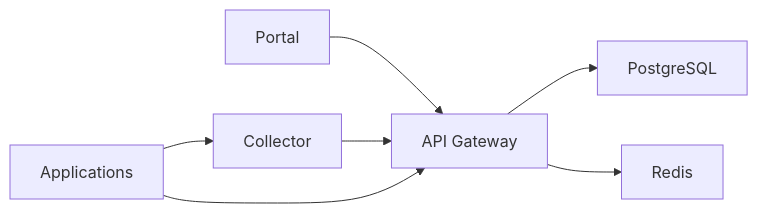
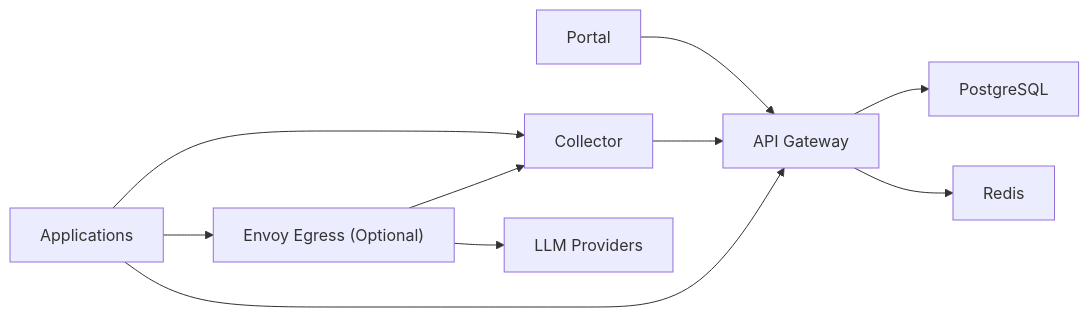
The diagram in docs/REFERENCE_DEPLOYMENT.md (rastogivaibhav/AgentFabric), drawn with Mermaid before and after one commit. The commit also changed other lines of this file and 464 other files, not shown here.

````diff
--- a/docs/REFERENCE_DEPLOYMENT.md
+++ b/docs/REFERENCE_DEPLOYMENT.md
@@ -68,9 +73,12 @@
 ```mermaid
 flowchart LR
     A["Portal"] --> B["API Gateway"]
     C["Collector"] --> B
     D["Applications"] --> C
     D --> B
+    D --> G["Envoy Egress (Optional)"]
+    G --> H["LLM Providers"]
+    G --> C
     B --> E["PostgreSQL"]
     B --> F["Redis"]
 ```
````
